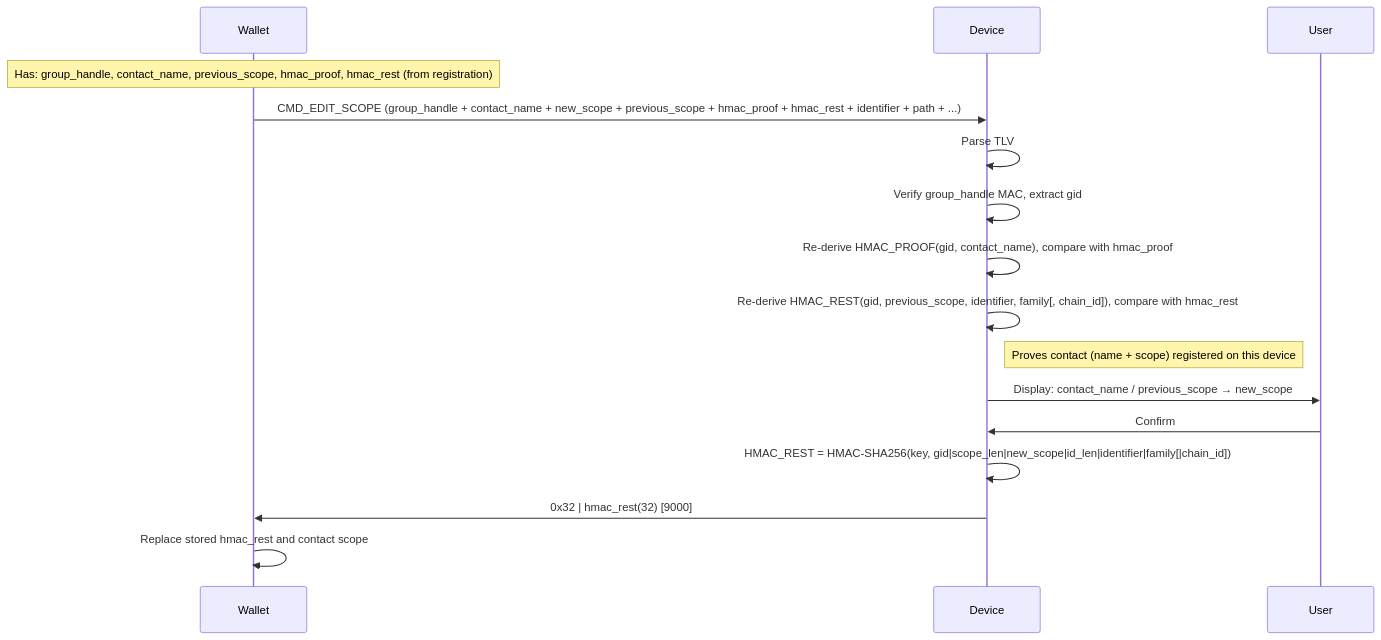
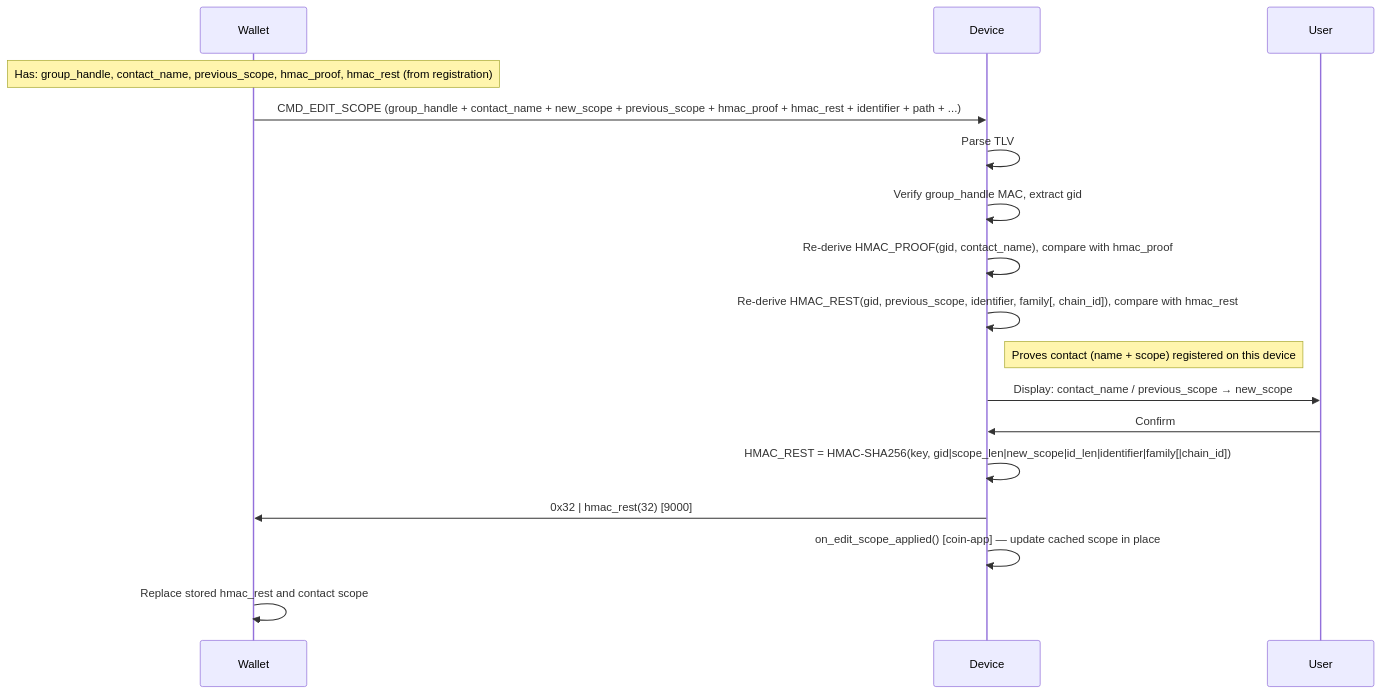
One commit to LedgerHQ/ledger-secure-sdk changed the sixth of 10 diagrams in app_features/address_book/doc/address_book_spec.md. Above: the diagram before and after it, drawn with Mermaid. The commit also changed other lines of this file, not shown here.

````diff
--- a/app_features/address_book/doc/address_book_spec.md
+++ b/app_features/address_book/doc/address_book_spec.md
@@ -486,19 +479,17 @@
 ```mermaid
 sequenceDiagram
-    participant W as Wallet
-    participant D as Device
-    participant U as User
 
-    Note over W: Has: group_handle, contact_name, previous_scope, hmac_proof, hmac_rest (from registration)
-    W->>D: CMD_EDIT_SCOPE (group_handle + contact_name + new_scope + previous_scope + hmac_proof + hmac_rest + identifier + path + ...)
-    D->>D: Parse TLV
-    D->>D: Verify group_handle MAC, extract gid
-    D->>D: Re-derive HMAC_PROOF(gid, contact_name), compare with hmac_proof
-    D->>D: Re-derive HMAC_REST(gid, previous_scope, identifier, family[, chain_id]), compare with hmac_rest
-    Note right of D: Proves contact (name + scope) registered on this device
-    D->>U: Display: contact_name / previous_scope → new_scope
-    U->>D: Confirm
-    D->>D: HMAC_REST = HMAC-SHA256(key, gid|scope_len|new_scope|id_len|identifier|family[|chain_id])
-    D->>W: 0x32 | hmac_rest(32)  [9000]
-    W->>W: Replace stored hmac_rest and contact scope
+    Note over Wallet: Has: group_handle, contact_name, previous_scope, hmac_proof, hmac_rest (from registration)
+    Wallet->>Device: CMD_EDIT_SCOPE (group_handle + contact_name + new_scope + previous_scope + hmac_proof + hmac_rest + identifier + path + ...)
+    Device->>Device: Parse TLV
+    Device->>Device: Verify group_handle MAC, extract gid
+    Device->>Device: Re-derive HMAC_PROOF(gid, contact_name), compare with hmac_proof
+    Device->>Device: Re-derive HMAC_REST(gid, previous_scope, identifier, family[, chain_id]), compare with hmac_rest
+    Note right of Device: Proves contact (name + scope) registered on this device
+    Device->>User: Display: contact_name / previous_scope → new_scope
+    User->>Device: Confirm
+    Device->>Device: HMAC_REST = HMAC-SHA256(key, gid|scope_len|new_scope|id_len|identifier|family[|chain_id])
+    Device->>Wallet: 0x32 | hmac_rest(32)  [9000]
+    Device->>Device: on_edit_scope_applied() [coin-app] — update cached scope in place
+    Wallet->>Wallet: Replace stored hmac_rest and contact scope
 ```
````
